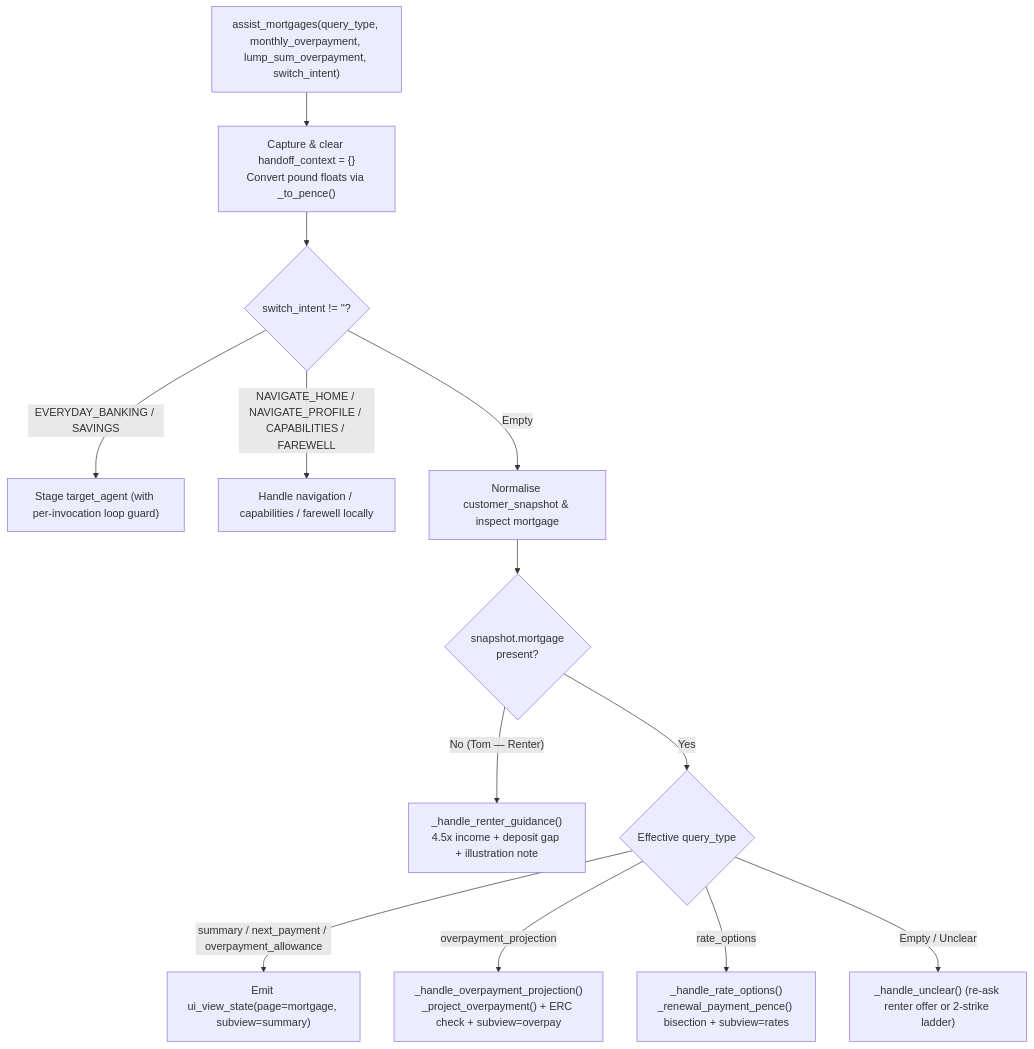
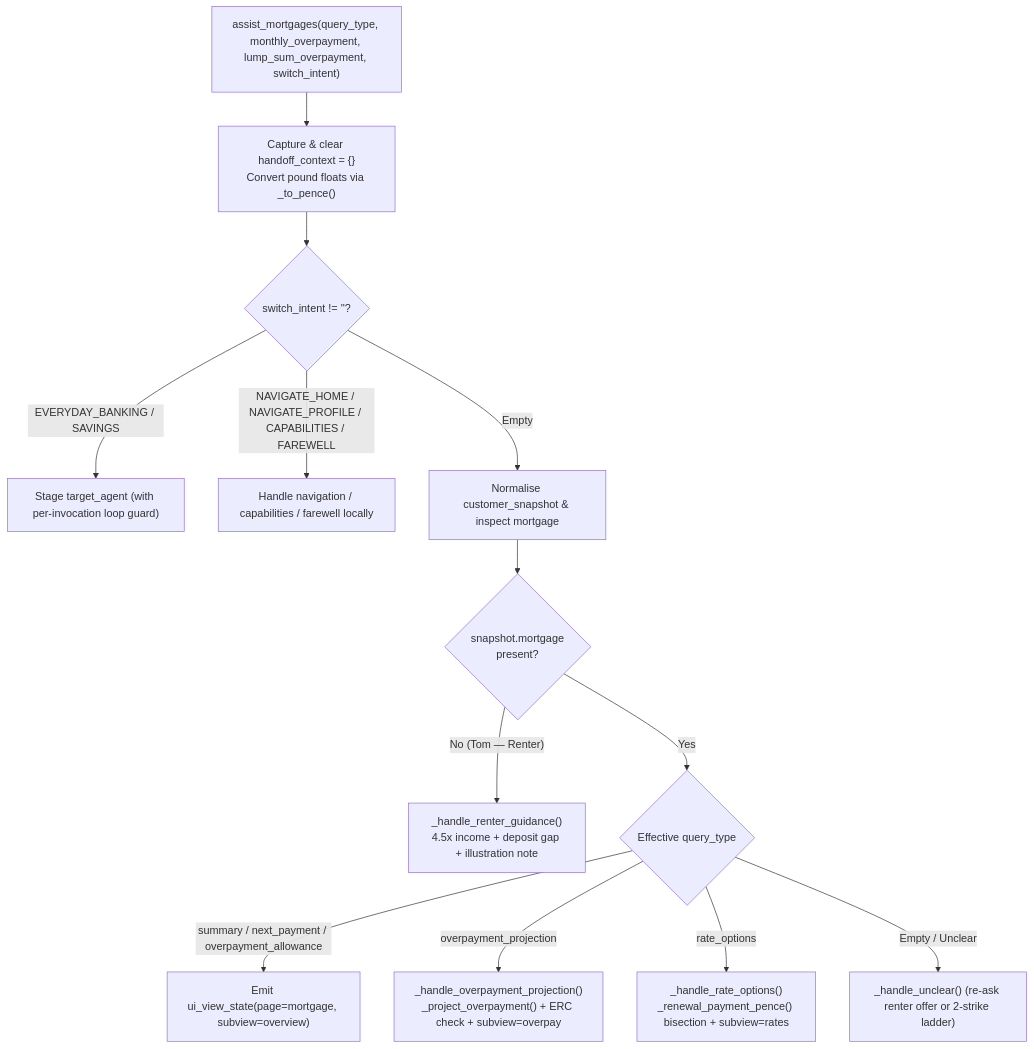
Before and after one commit to oliviervg1/gecx-bank-demo: the diagram in docs/tools/assist_mortgages.md, drawn with Mermaid. The commit also changed other lines of this file and 85 other files, not shown here.

````diff
--- a/docs/tools/assist_mortgages.md
+++ b/docs/tools/assist_mortgages.md
@@ -19,15 +19,15 @@
 ```mermaid
 flowchart TD
     Entry["assist_mortgages(query_type, monthly_overpayment, lump_sum_overpayment, switch_intent)"] --> ClearHO["Capture & clear handoff_context = {}<br/>Convert pound floats via _to_pence()"]
     ClearHO --> Switch{"switch_intent != ''?"}
     Switch -->|"EVERYDAY_BANKING / SAVINGS"| Stage["Stage target_agent (with per-invocation loop guard)"]
     Switch -->|"NAVIGATE_HOME / NAVIGATE_PROFILE / CAPABILITIES / FAREWELL"| LocalNav["Handle navigation / capabilities / farewell locally"]
     Switch -->|"Empty"| Norm["Normalise customer_snapshot & inspect mortgage"]
     Norm --> HasMtg{"snapshot.mortgage<br/>present?"}
     HasMtg -->|"No (Tom — Renter)"| Renter["_handle_renter_guidance()<br/>4.5x income + deposit gap + illustration note"]
     HasMtg -->|"Yes"| Mode{"Effective query_type"}
-    Mode -->|"summary / next_payment / overpayment_allowance"| Sum["Emit ui_view_state(page=mortgage, subview=summary)"]
+    Mode -->|"summary / next_payment / overpayment_allowance"| Sum["Emit ui_view_state(page=mortgage, subview=overview)"]
     Mode -->|"overpayment_projection"| Overpay["_handle_overpayment_projection()<br/>_project_overpayment() + ERC check + subview=overpay"]
     Mode -->|"rate_options"| Rates["_handle_rate_options()<br/>_renewal_payment_pence() bisection + subview=rates"]
     Mode -->|"Empty / Unclear"| Unclear["_handle_unclear() (re-ask renter offer or 2-strike ladder)"]
 ```
````
